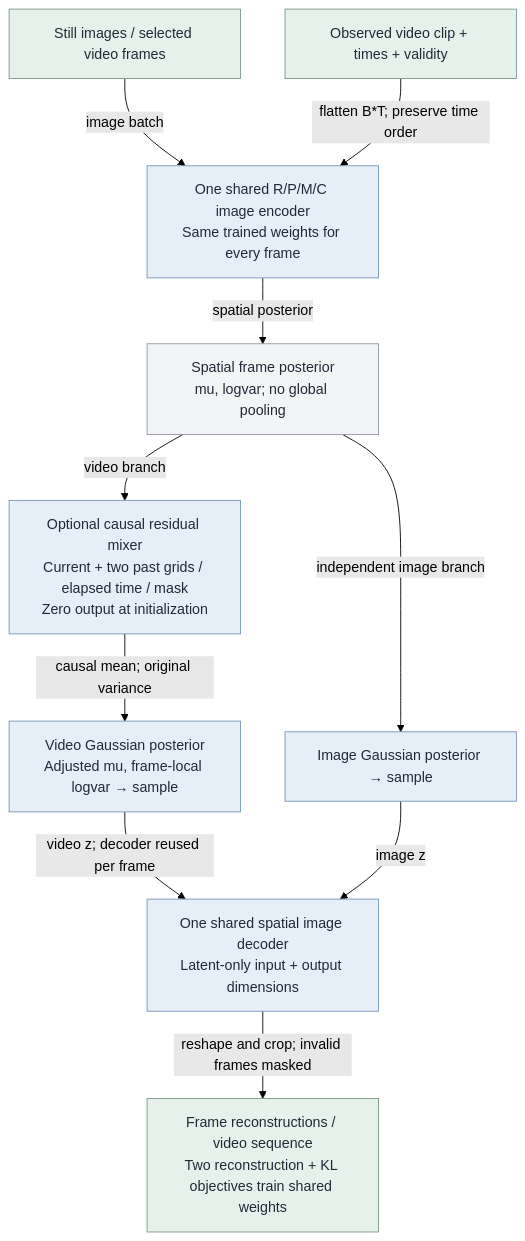
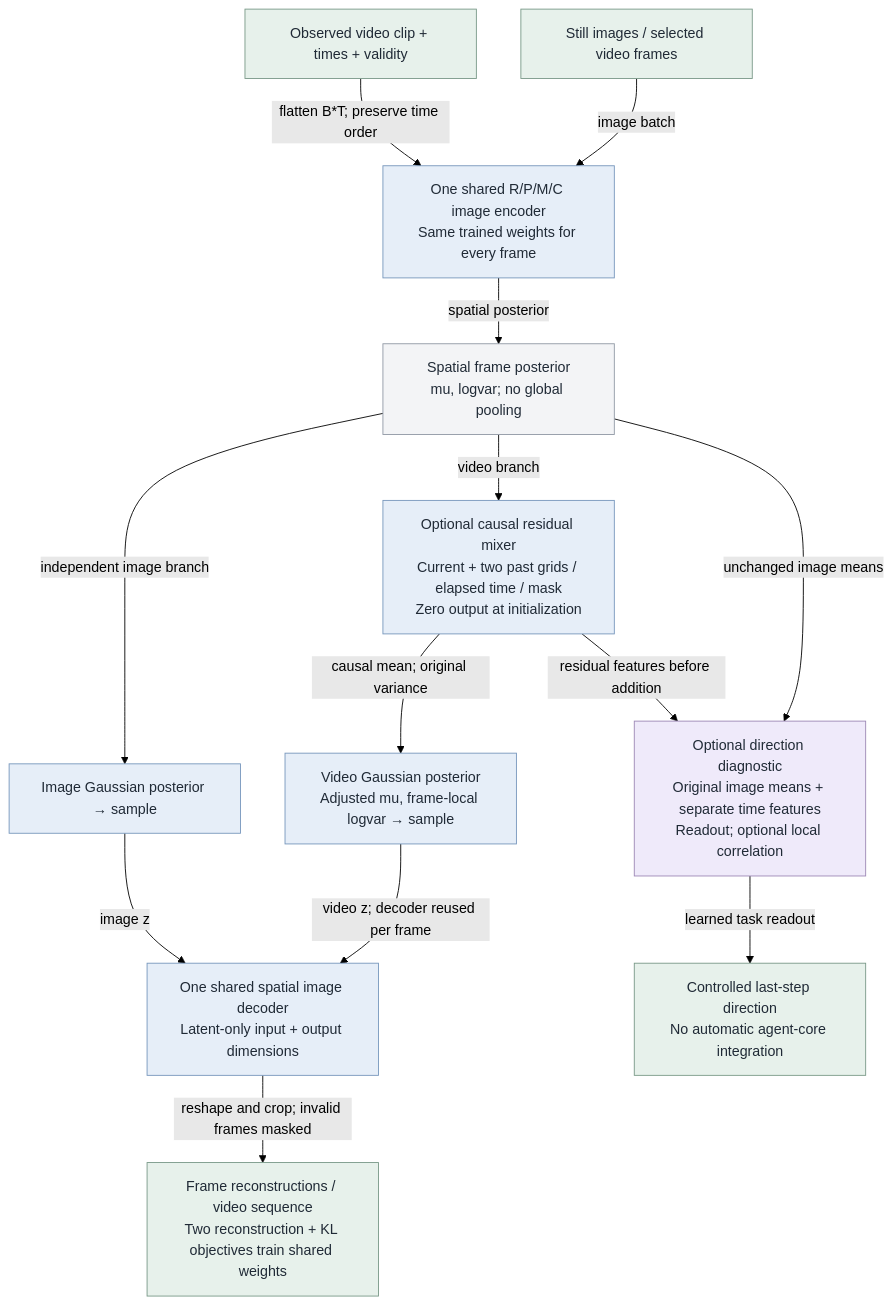
Diagram 16 of 16 in docs/architecture-atlas.md (intrinsicD/path-wm), drawn with Mermaid (forest theme) before and after one commit. The commit also changed other lines of this file and 13 other files, not shown here.

````diff
--- a/docs/architecture-atlas.md
+++ b/docs/architecture-atlas.md
@@ -1076,36 +1076,43 @@
 ```mermaid
 flowchart TB
     still["Still images / selected video frames"]
     class still external;
     clip["Observed video clip + times + validity"]
     class clip external;
     encode["One shared R/P/M/C image encoder<br/>Same trained weights for every frame"]
     class encode learned;
     frame["Spatial frame posterior<br/>mu, logvar; no global pooling"]
     class frame store;
     time["Optional causal residual mixer<br/>Current + two past grids / elapsed time / mask<br/>Zero output at initialization"]
     class time learned;
     sample["Video Gaussian posterior<br/>Adjusted mu, frame-local logvar → sample"]
     class sample learned;
     sample_i["Image Gaussian posterior → sample"]
     class sample_i learned;
     decode["One shared spatial image decoder<br/>Latent-only input + output dimensions"]
     class decode learned;
     out["Frame reconstructions / video sequence<br/>Two reconstruction + KL objectives train shared weights"]
     class out external;
+    motion["Optional direction diagnostic<br/>Original image means + separate time features<br/>Readout; optional local correlation"]
+    class motion optional;
+    direction["Controlled last-step direction<br/>No automatic agent-core integration"]
+    class direction external;
     still -->|"image batch"| encode
     clip -->|"flatten B*T; preserve time order"| encode
     encode -->|"spatial posterior"| frame
     frame -->|"video branch"| time
     time -->|"causal mean; original variance"| sample
     frame -->|"independent image branch"| sample_i
     sample -->|"video z; decoder reused per frame"| decode
     sample_i -->|"image z"| decode
     decode -->|"reshape and crop; invalid frames masked"| out
+    frame -->|"unchanged image means"| motion
+    time -->|"residual features before addition"| motion
+    motion -->|"learned task readout"| direction
     classDef learned fill:#e6eef8,stroke:#7696bc,color:#202a36;
     classDef store fill:#f3f4f6,stroke:#9098a4,color:#202a36;
     classDef external fill:#e7f1eb,stroke:#789887,color:#202a36;
     classDef optional fill:#efeafa,stroke:#9c87b5,color:#202a36;
     classDef training fill:#fff0db,stroke:#bd934d,color:#202a36;
     classDef proposal fill:#fafafa,stroke:#9b9b9b,color:#202a36,stroke-dasharray:5 4;
 ```
````
